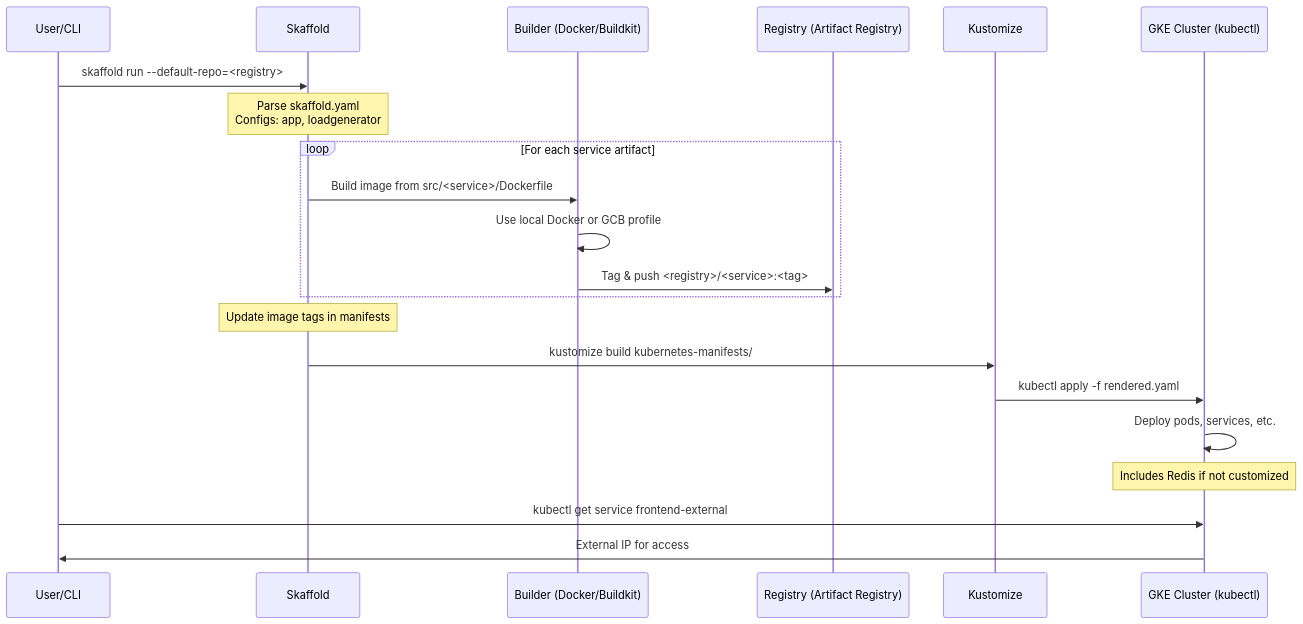
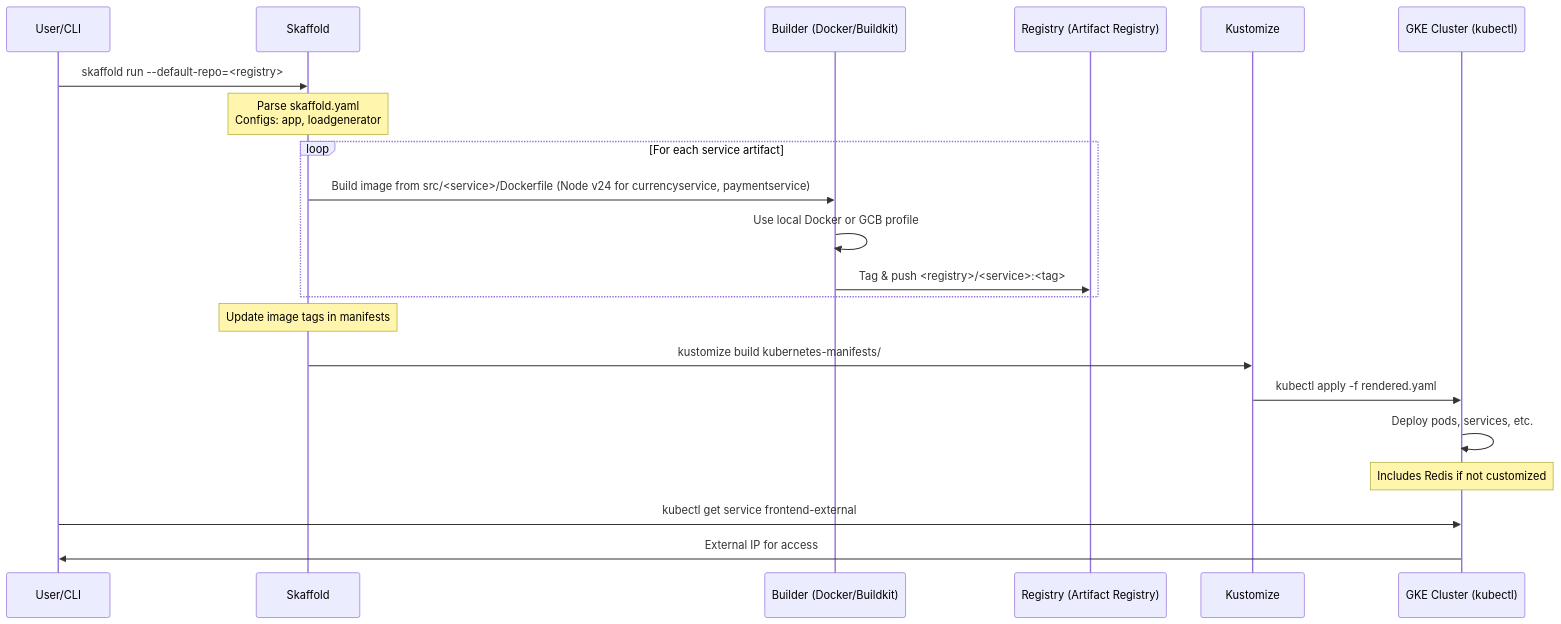
The first of 2 diagrams in .exp/design-workflow-2-gke-deployment-workflow.md (gauravagerwala/microservices-demo), drawn with Mermaid before and after one commit. The commit also changed other lines of this file and 3 other files, not shown here.

````diff
--- a/.exp/design-workflow-2-gke-deployment-workflow.md
+++ b/.exp/design-workflow-2-gke-deployment-workflow.md
@@ -31,23 +31,23 @@
 ```mermaid
 sequenceDiagram
     participant U as User/CLI
     participant S as Skaffold
     participant B as Builder (Docker/Buildkit)
     participant R as Registry (Artifact Registry)
     participant K as Kustomize
     participant C as GKE Cluster (kubectl)
     U->>S: skaffold run --default-repo=<registry>
     Note over S: Parse skaffold.yaml<br/>Configs: app, loadgenerator
     loop For each service artifact
-        S->>B: Build image from src/<service>/Dockerfile
+        S->>B: Build image from src/<service>/Dockerfile (Node v24 for currencyservice, paymentservice)
         B->>B: Use local Docker or GCB profile
         B->>R: Tag & push <registry>/<service>:<tag>
     end
     Note over S: Update image tags in manifests
     S->>K: kustomize build kubernetes-manifests/
     K->>C: kubectl apply -f rendered.yaml
     C->>C: Deploy pods, services, etc.
     Note over C: Includes Redis if not customized
     U->>C: kubectl get service frontend-external
     C->>U: External IP for access
 ```
````
